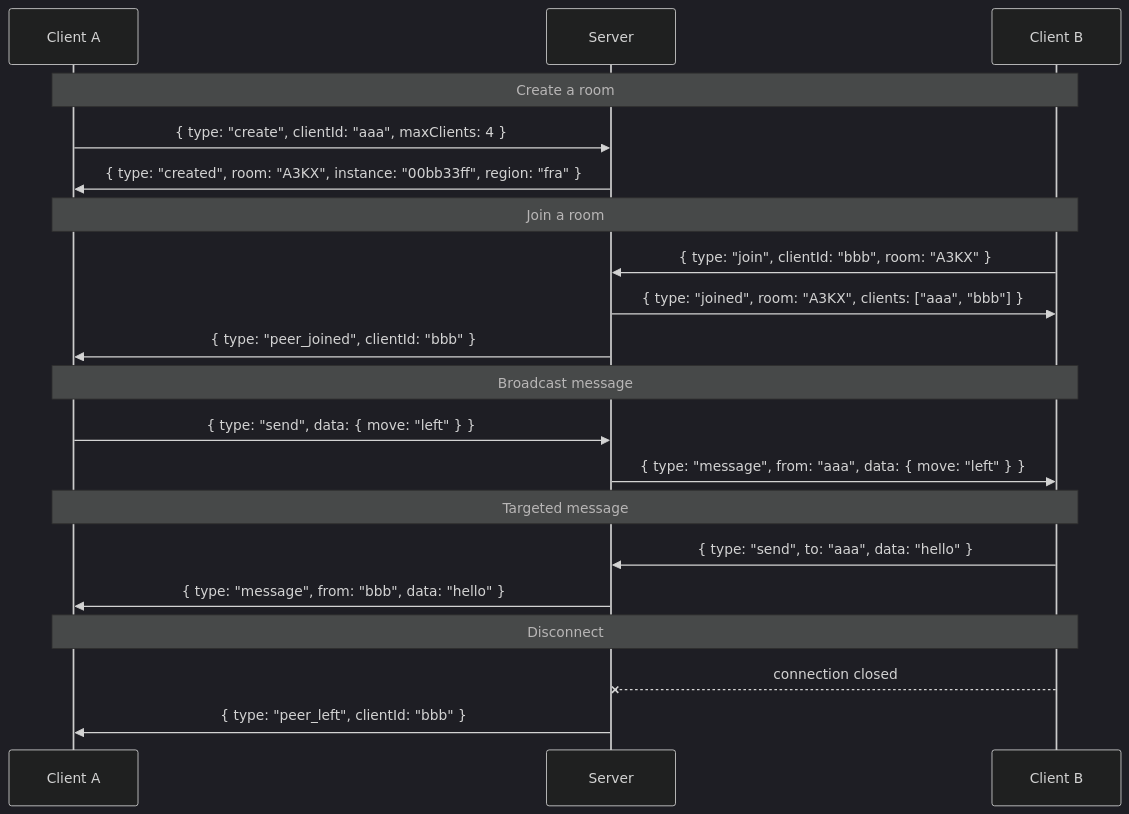
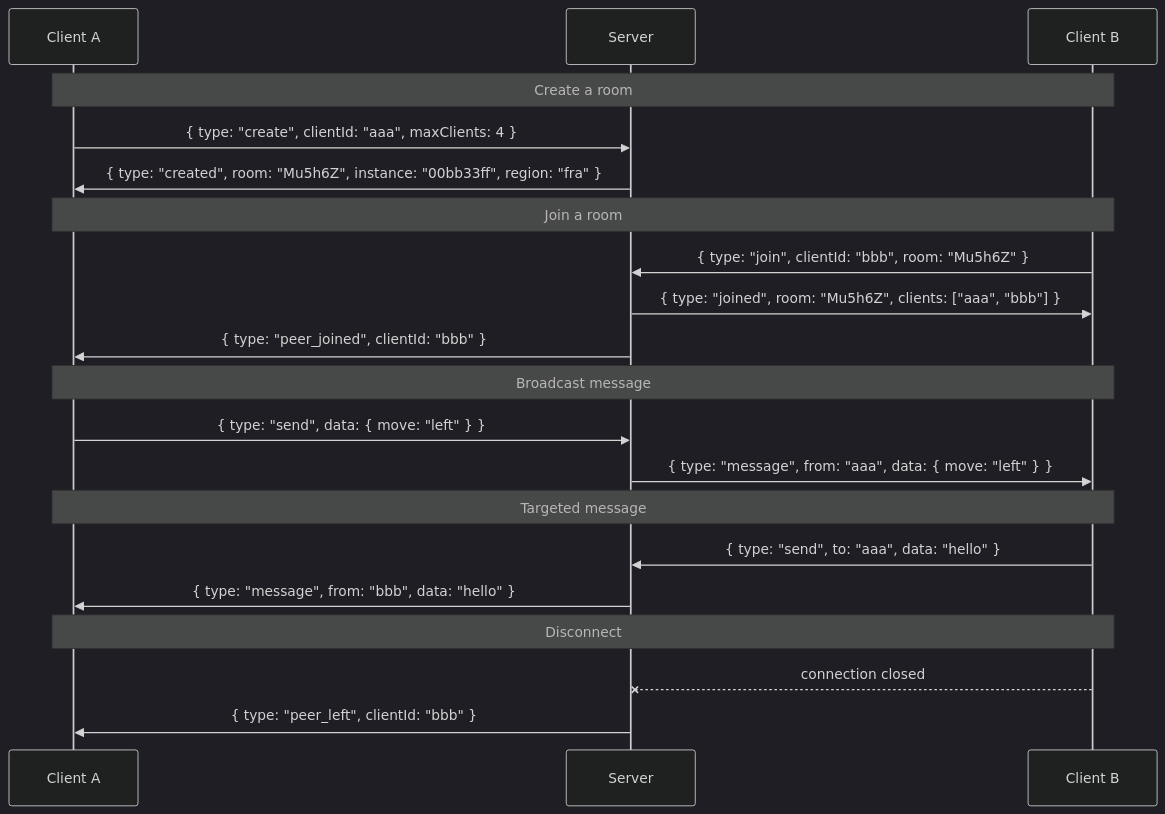
One commit to tim4724/Party-Sockets changed the diagram in README.md. Above: the diagram before and after it, drawn with Mermaid (dark theme). The commit also changed other lines of this file and 1 other file, not shown here.

````diff
--- a/README.md
+++ b/README.md
@@ -114,27 +114,27 @@
 ```mermaid
 sequenceDiagram
     participant A as Client A
     participant S as Server
     participant B as Client B
 
     Note over A,B: Create a room
     A->>S: { type: "create", clientId: "aaa", maxClients: 4 }
-    S->>A: { type: "created", room: "A3KX", instance: "00bb33ff", region: "fra" }
+    S->>A: { type: "created", room: "Mu5h6Z", instance: "00bb33ff", region: "fra" }
 
     Note over A,B: Join a room
-    B->>S: { type: "join", clientId: "bbb", room: "A3KX" }
-    S->>B: { type: "joined", room: "A3KX", clients: ["aaa", "bbb"] }
+    B->>S: { type: "join", clientId: "bbb", room: "Mu5h6Z" }
+    S->>B: { type: "joined", room: "Mu5h6Z", clients: ["aaa", "bbb"] }
     S->>A: { type: "peer_joined", clientId: "bbb" }
 
     Note over A,B: Broadcast message
     A->>S: { type: "send", data: { move: "left" } }
     S->>B: { type: "message", from: "aaa", data: { move: "left" } }
 
     Note over A,B: Targeted message
     B->>S: { type: "send", to: "aaa", data: "hello" }
     S->>A: { type: "message", from: "bbb", data: "hello" }
 
     Note over A,B: Disconnect
     B--xS: connection closed
     S->>A: { type: "peer_left", clientId: "bbb" }
 ```
````
